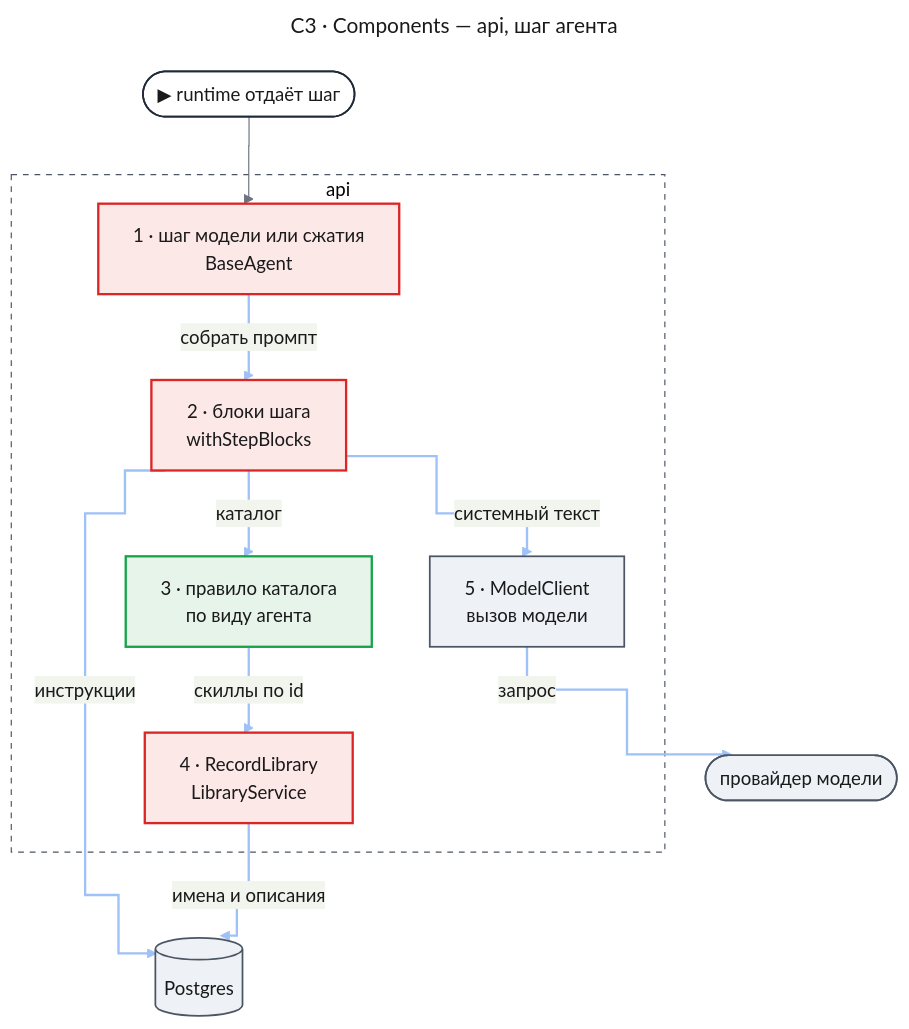
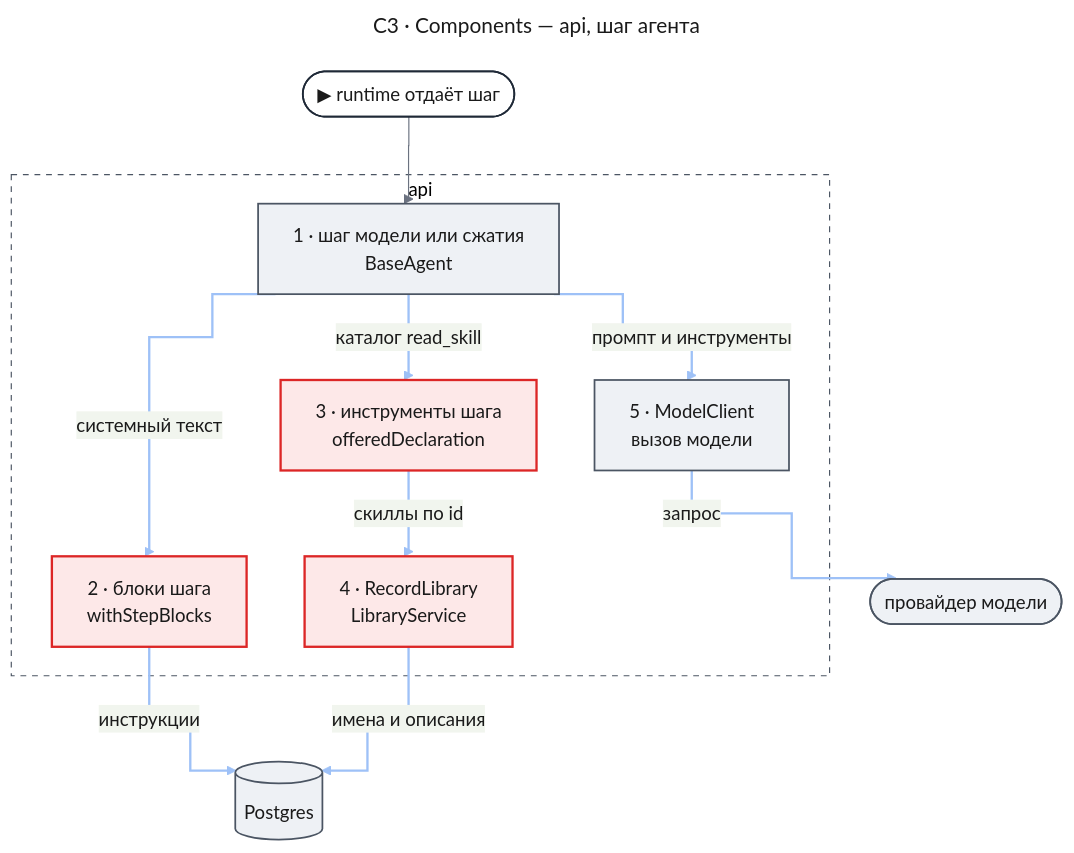
One commit to tundraray/agent-os changed the second of 6 diagrams in docs/features/agent-guidance/design-server.md. Above: the diagram before and after it, drawn with Mermaid. The commit also changed other lines of this file and 2 other files, not shown here.

````diff
--- a/docs/features/agent-guidance/design-server.md
+++ b/docs/features/agent-guidance/design-server.md
@@ -204,59 +211,57 @@
 ```mermaid
 ---
 title: "C3 · Components — api, шаг агента"
 config:
   theme: base
   look: classic
   themeVariables:
     primaryColor: "#eef1f5"
     primaryBorderColor: "#4b5563"
     primaryTextColor: "#1a1a1a"
     lineColor: "#6b7280"
   flowchart:
     curve: step
   themeCSS: |
     @keyframes litr_c3{0%,12.8%{stroke:#1d4ed8;stroke-width:6px}14.3%,100%{stroke:#9ec1f7;stroke-width:2px}}
 ---
 flowchart TB
     entry(["▶ runtime отдаёт шаг"])
     subgraph apibox["api"]
         step["1 · шаг модели или сжатия<br/>BaseAgent"]
         blocks["2 · блоки шага<br/>withStepBlocks"]
-        scope["3 · правило каталога<br/>по виду агента"]
+        decl["3 · инструменты шага<br/>offeredDeclaration"]
         lib["4 · RecordLibrary<br/>LibraryService"]
         mc["5 · ModelClient<br/>вызов модели"]
     end
     db[("Postgres")]
     llm(["провайдер модели"])
     entry --> step
-    step e1@-->|"собрать промпт"| blocks
+    step e1@-->|"системный текст"| blocks
     blocks e2@-->|"инструкции"| db
-    blocks e3@-->|"каталог"| scope
-    scope e4@-->|"скиллы по id"| lib
+    step e3@-->|"каталог read_skill"| decl
+    decl e4@-->|"скиллы по id"| lib
     lib e5@-->|"имена и описания"| db
-    blocks e6@-->|"системный текст"| mc
+    step e6@-->|"промпт и инструменты"| mc
     mc e7@-->|"запрос"| llm
     classDef entry fill:#ffffff,stroke:#1f2937,stroke-width:1.5px,color:#1a1a1a
     classDef changed fill:#fde8e8,stroke:#dc2626,stroke-width:2px,color:#1a1a1a
-    classDef new fill:#e6f4ea,stroke:#16a34a,stroke-width:2px,color:#1a1a1a
     classDef unchanged fill:#eef1f5,stroke:#4b5563,stroke-width:1.5px,color:#1a1a1a
     classDef r1 stroke:#9ec1f7,stroke-width:2px,animation:litr_c3 8.4s linear 0s infinite
     classDef r2 stroke:#9ec1f7,stroke-width:2px,animation:litr_c3 8.4s linear 1.2s infinite
     classDef r3 stroke:#9ec1f7,stroke-width:2px,animation:litr_c3 8.4s linear 2.4s infinite
     classDef r4 stroke:#9ec1f7,stroke-width:2px,animation:litr_c3 8.4s linear 3.6s infinite
     classDef r5 stroke:#9ec1f7,stroke-width:2px,animation:litr_c3 8.4s linear 4.8s infinite
     classDef r6 stroke:#9ec1f7,stroke-width:2px,animation:litr_c3 8.4s linear 6s infinite
     classDef r7 stroke:#9ec1f7,stroke-width:2px,animation:litr_c3 8.4s linear 7.2s infinite
     class entry entry
-    class step,blocks,lib changed
-    class scope new
-    class mc,db,llm unchanged
+    class blocks,decl,lib changed
+    class step,mc,db,llm unchanged
     class e1 r1
     class e2 r2
     class e3 r3
     class e4 r4
     class e5 r5
     class e6 r6
     class e7 r7
     style apibox fill:none,stroke:#4b5563,stroke-dasharray:5 5
 ```
````
